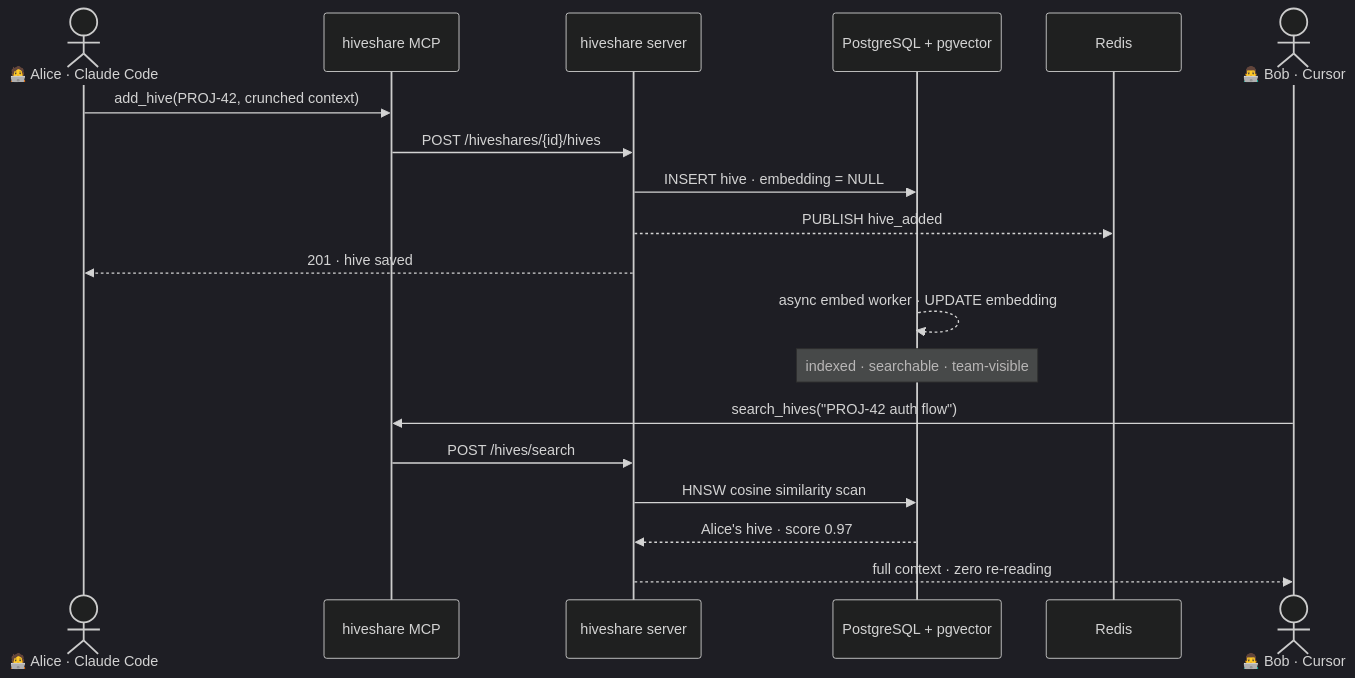
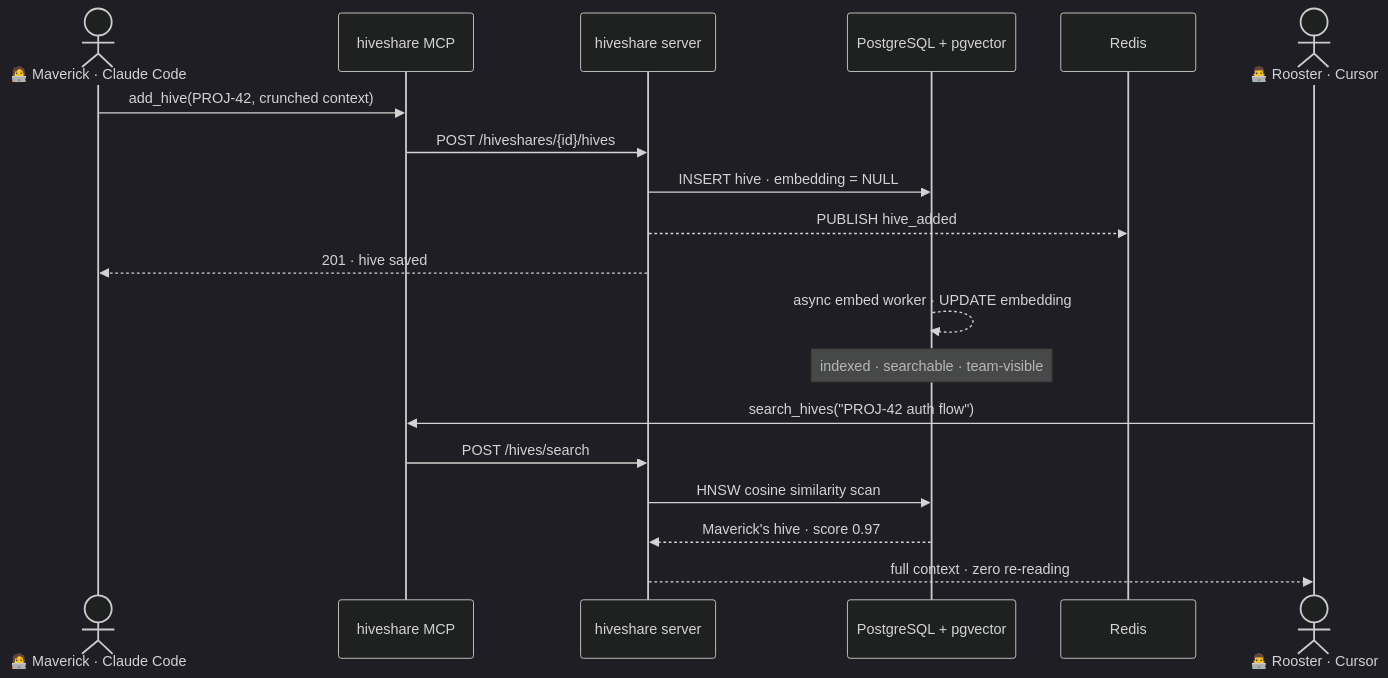
One commit to KB-perByte/hiveshare changed the diagram in README.md. Above: the diagram before and after it, drawn with Mermaid (dark theme). The commit also changed other lines of this file and 2 other files, not shown here.

Commit message:
Retire Alice and Bob coz they are weird

````diff
--- a/README.md
+++ b/README.md
@@ -7,24 +7,24 @@
 ```mermaid
 sequenceDiagram
-    actor Alice as 🧑‍💻 Alice · Claude Code
+    actor Maverick as 🧑‍💻 Maverick · Claude Code
     participant MCP as hiveshare MCP
     participant API as hiveshare server
     participant DB as PostgreSQL + pgvector
     participant Redis as Redis
-    actor Bob as 👨‍💻 Bob · Cursor
+    actor Rooster as 👨‍💻 Rooster · Cursor
 
-    Alice->>MCP: add_hive(PROJ-42, crunched context)
+    Maverick->>MCP: add_hive(PROJ-42, crunched context)
     MCP->>API: POST /hiveshares/{id}/hives
     API->>DB: INSERT hive · embedding = NULL
     API-->>Redis: PUBLISH hive_added
-    API-->>Alice: 201 · hive saved
+    API-->>Maverick: 201 · hive saved
     DB-->>DB: async embed worker · UPDATE embedding
 
     Note over DB: indexed · searchable · team-visible
 
-    Bob->>MCP: search_hives("PROJ-42 auth flow")
+    Rooster->>MCP: search_hives("PROJ-42 auth flow")
     MCP->>API: POST /hives/search
     API->>DB: HNSW cosine similarity scan
-    DB-->>API: Alice's hive · score 0.97
-    API-->>Bob: full context · zero re-reading
+    DB-->>API: Maverick's hive · score 0.97
+    API-->>Rooster: full context · zero re-reading
 ```
````
